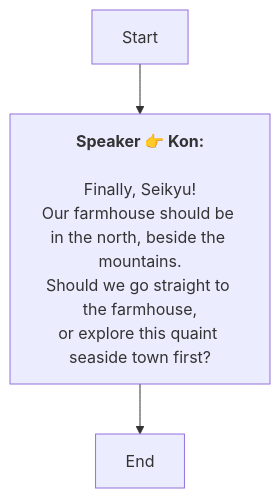
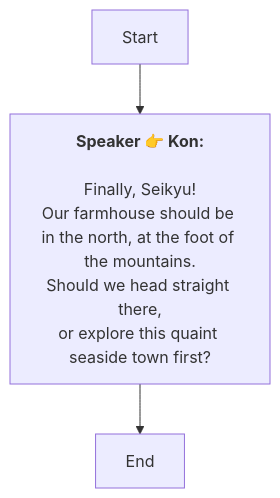
Before and after one commit to SoftHu/tos_avg: the diagram in En/GameStartAvg.md, drawn with Mermaid. The commit also changed 312 other files, not shown here.

````diff
--- a/En/GameStartAvg.md
+++ b/En/GameStartAvg.md
@@ -1,11 +1,11 @@
 ```mermaid
 graph
 Start -->1738357218525366[<b>Speaker 👉 Kon:</b>
 
 Finally, Seikyu!
-Our farmhouse should be in the north, beside the mountains.
-Should we go straight to the farmhouse,
+Our farmhouse should be in the north, at the foot of the mountains.
+Should we head straight there,
 or explore this quaint seaside town first?]
 1738357218525366 -->1738357311415479[End]
 
  ```
````
